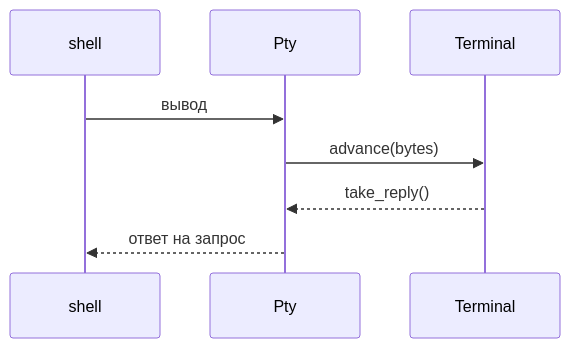
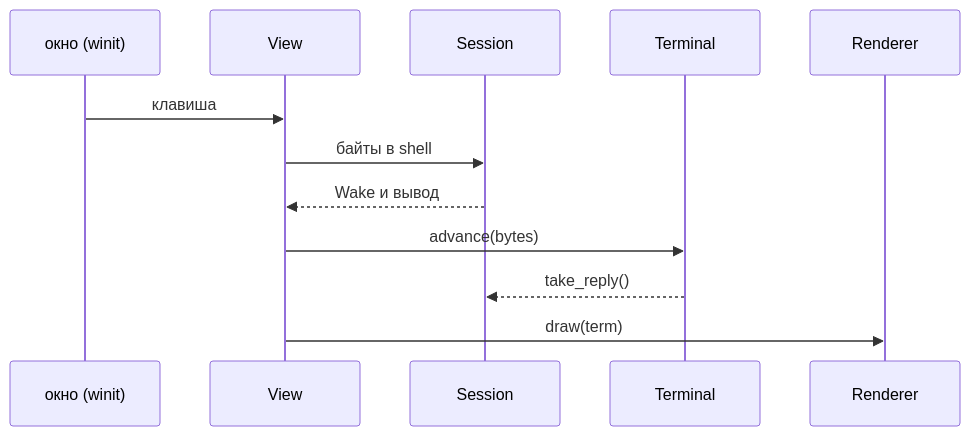
Before and after one commit to Utkautka1/DimaSter: the third of 3 diagrams in docs/UML.md, drawn with Mermaid. The commit also changed other lines of this file and 24 other files, not shown here.

````diff
--- a/docs/UML.md
+++ b/docs/UML.md
@@ -60,10 +86,14 @@
 ```mermaid
 sequenceDiagram
-    participant S as shell
-    participant P as Pty
+    participant W as окно (winit)
+    participant V as View
+    participant S as Session
     participant T as Terminal
-    S->>P: вывод
-    P->>T: advance(bytes)
-    T-->>P: take_reply()
-    P-->>S: ответ на запрос
+    participant R as Renderer
+    W->>V: клавиша
+    V->>S: байты в shell
+    S-->>V: Wake и вывод
+    V->>T: advance(bytes)
+    T-->>S: take_reply()
+    V->>R: draw(term)
 ```
````
